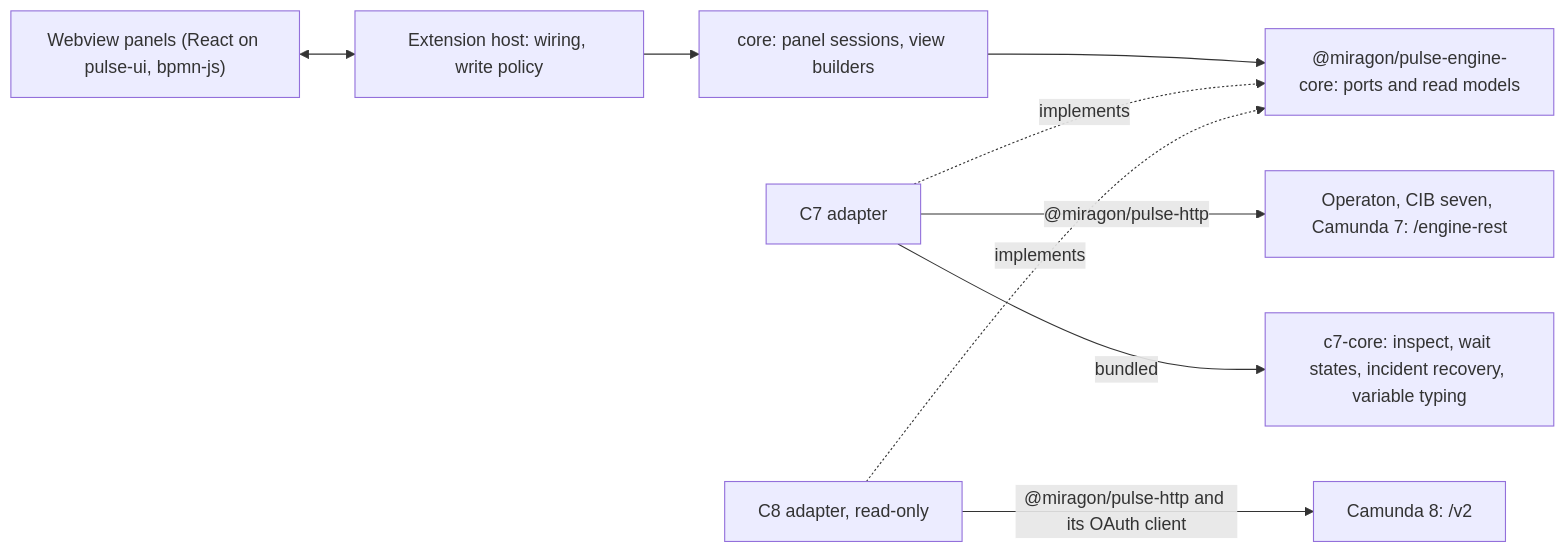
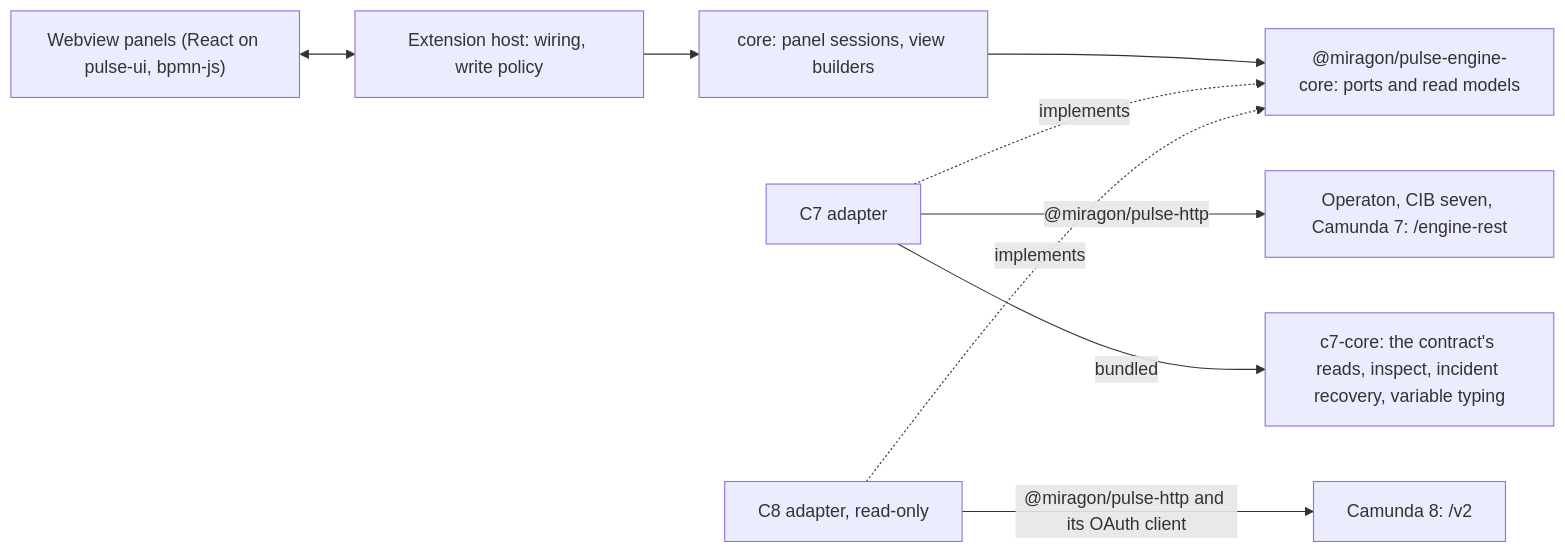
Before and after one commit to Miragon/pulse: the diagram in docs/vscode/architecture.md, drawn with Mermaid. The commit also changed 39 other files, not shown here.

````diff
--- a/docs/vscode/architecture.md
+++ b/docs/vscode/architecture.md
@@ -16,11 +16,11 @@
 ```mermaid
 flowchart LR
   webview["Webview panels (React on pulse-ui, bpmn-js)"] <--> host["Extension host: wiring, write policy"]
   host --> core["core: panel sessions, view builders"]
   core --> engineCore["@miragon/pulse-engine-core: ports and read models"]
   c7["C7 adapter"] -. implements .-> engineCore
   c7 -- "@miragon/pulse-http" --> engines["Operaton, CIB seven, Camunda 7: /engine-rest"]
-  c7 -- bundled --> c7core["c7-core: inspect, wait states, incident recovery, variable typing"]
+  c7 -- bundled --> c7core["c7-core: the contract's reads, inspect, incident recovery, variable typing"]
   c8["C8 adapter, read-only"] -. implements .-> engineCore
   c8 -- "@miragon/pulse-http and its OAuth client" --> cluster["Camunda 8: /v2"]
 ```
````
